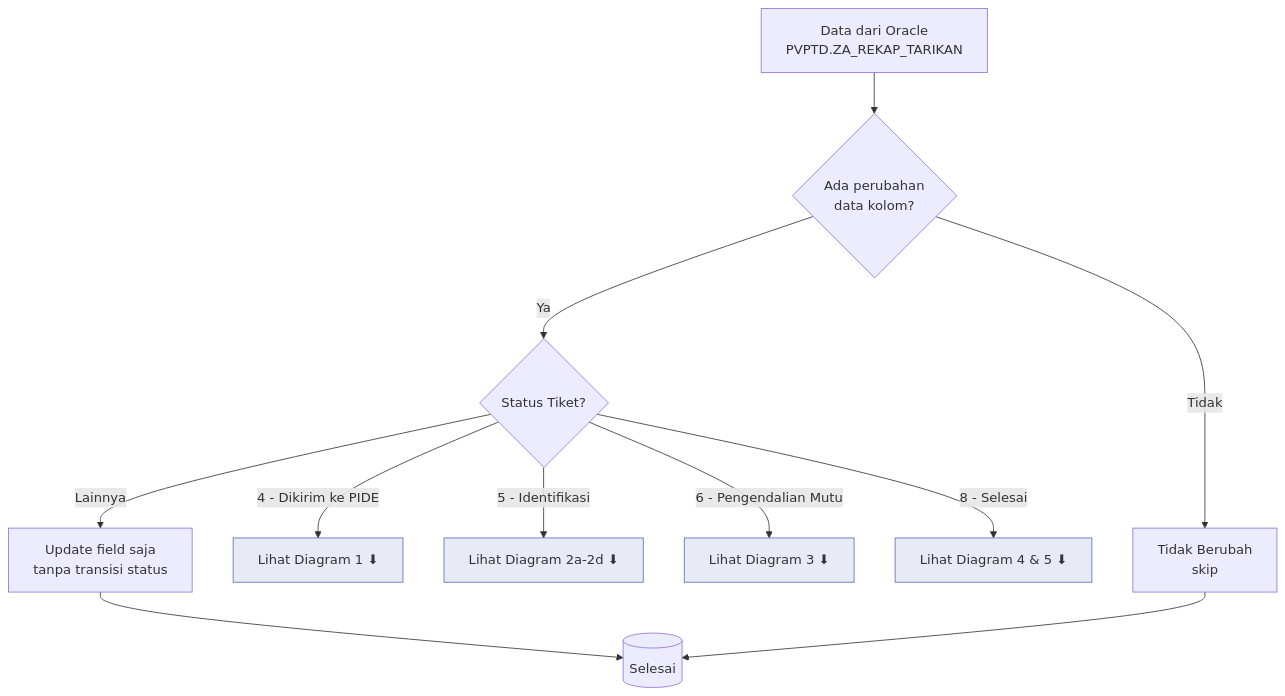
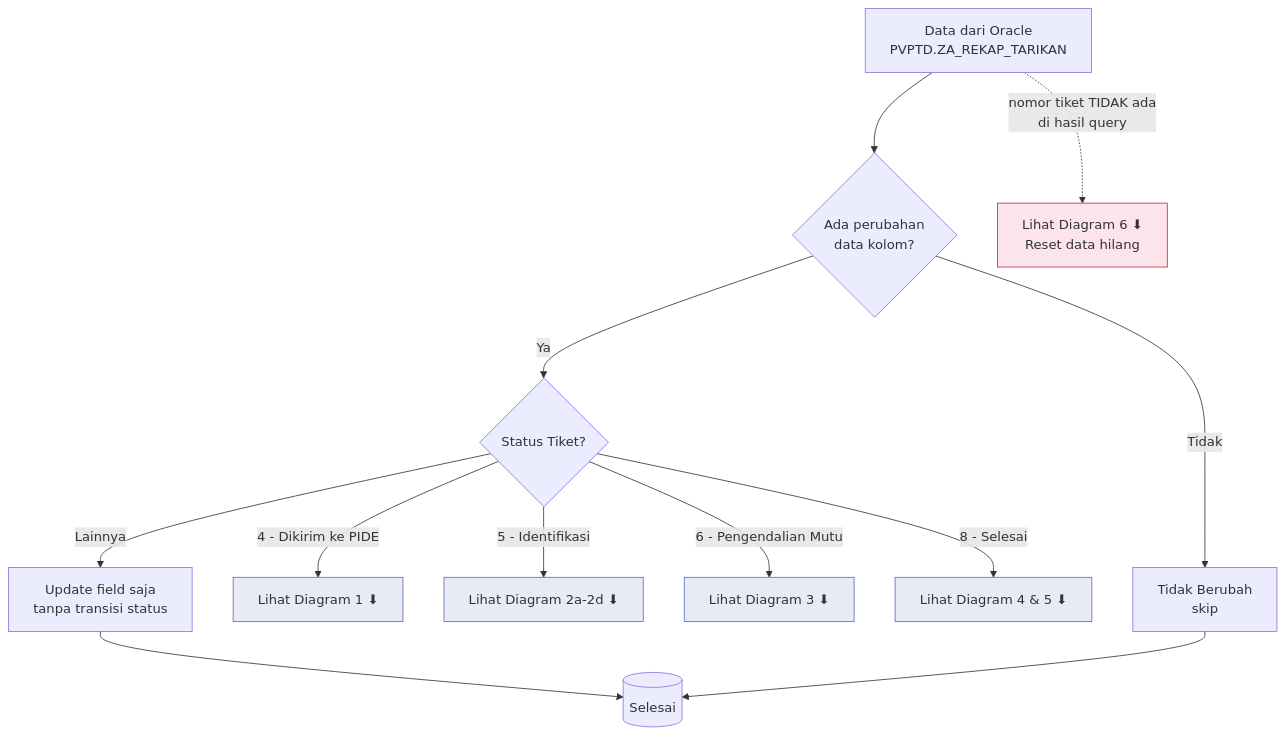
One commit to kloworizer/diamond-web changed the first of 10 diagrams in docs/SYNC_TIKET_UPDATE_RULES.md. Above: the diagram before and after it, drawn with Mermaid. The commit also changed other lines of this file and 7 other files, not shown here.

First line of the commit message:
feat(sync): implement stale tiket reset logic for missing Oracle rows

````diff
--- a/docs/SYNC_TIKET_UPDATE_RULES.md
+++ b/docs/SYNC_TIKET_UPDATE_RULES.md
@@ -10,18 +10,21 @@
 ```mermaid
 flowchart TD
     ORACLE[Data dari Oracle<br/>PVPTD.ZA_REKAP_TARIKAN] --> FIELD_CHECK{Ada perubahan<br/>data kolom?}
     FIELD_CHECK -->|Tidak| NO_CHANGE[Tidak Berubah<br/>skip]
     FIELD_CHECK -->|Ya| CHECK_STATUS{Status Tiket?}
     CHECK_STATUS -->|4 - Dikirim ke PIDE| KE_DIAGRAM_1[Lihat Diagram 1 ⬇]
     CHECK_STATUS -->|5 - Identifikasi| KE_DIAGRAM_2[Lihat Diagram 2a-2d ⬇]
     CHECK_STATUS -->|6 - Pengendalian Mutu| KE_DIAGRAM_3[Lihat Diagram 3 ⬇]
     CHECK_STATUS -->|8 - Selesai| KE_DIAGRAM_4[Lihat Diagram 4 & 5 ⬇]
     CHECK_STATUS -->|Lainnya| UPDATE_ONLY[Update field saja<br/>tanpa transisi status]
     UPDATE_ONLY --> DONE[(Selesai)]
     NO_CHANGE --> DONE
 
+    ORACLE -.->|nomor tiket TIDAK ada<br/>di hasil query| KE_DIAGRAM_6[Lihat Diagram 6 ⬇<br/>Reset data hilang]
+
     style KE_DIAGRAM_1 fill:#e8eaf6,stroke:#5c6bc0
     style KE_DIAGRAM_2 fill:#e8eaf6,stroke:#5c6bc0
     style KE_DIAGRAM_3 fill:#e8eaf6,stroke:#5c6bc0
     style KE_DIAGRAM_4 fill:#e8eaf6,stroke:#5c6bc0
+    style KE_DIAGRAM_6 fill:#fce4ec,stroke:#c62828
 ```
````
